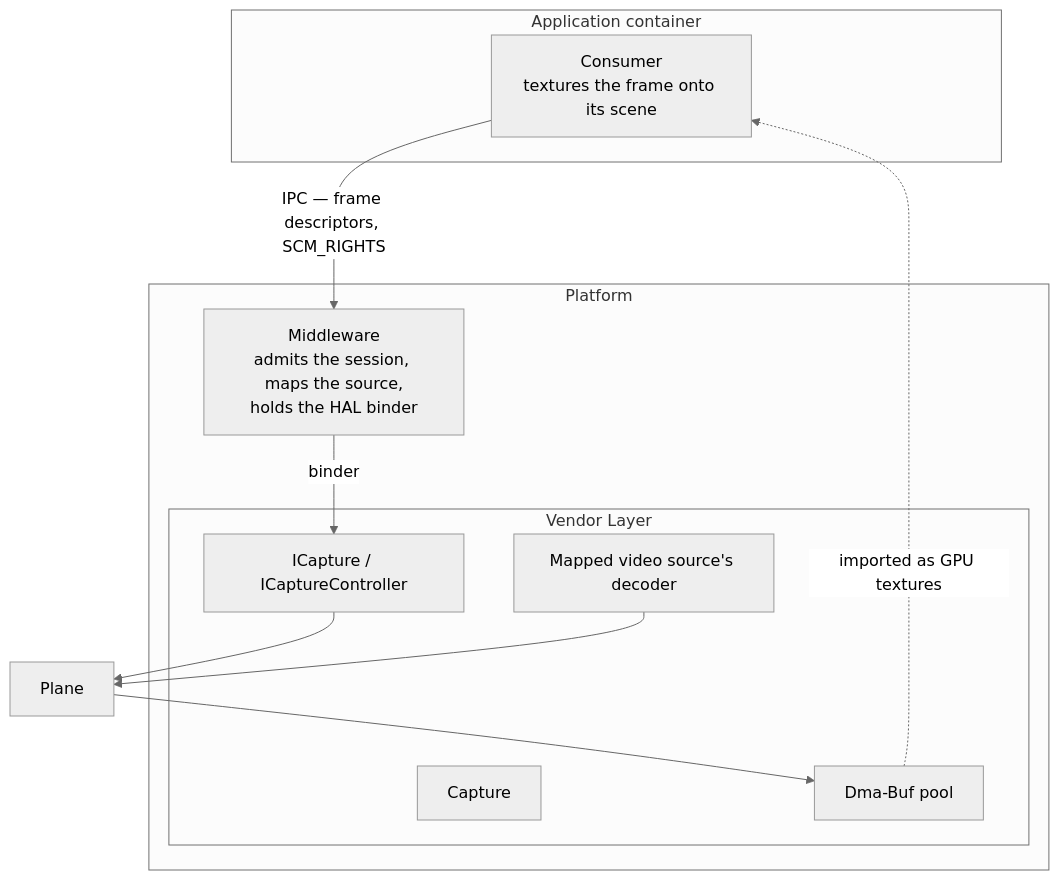
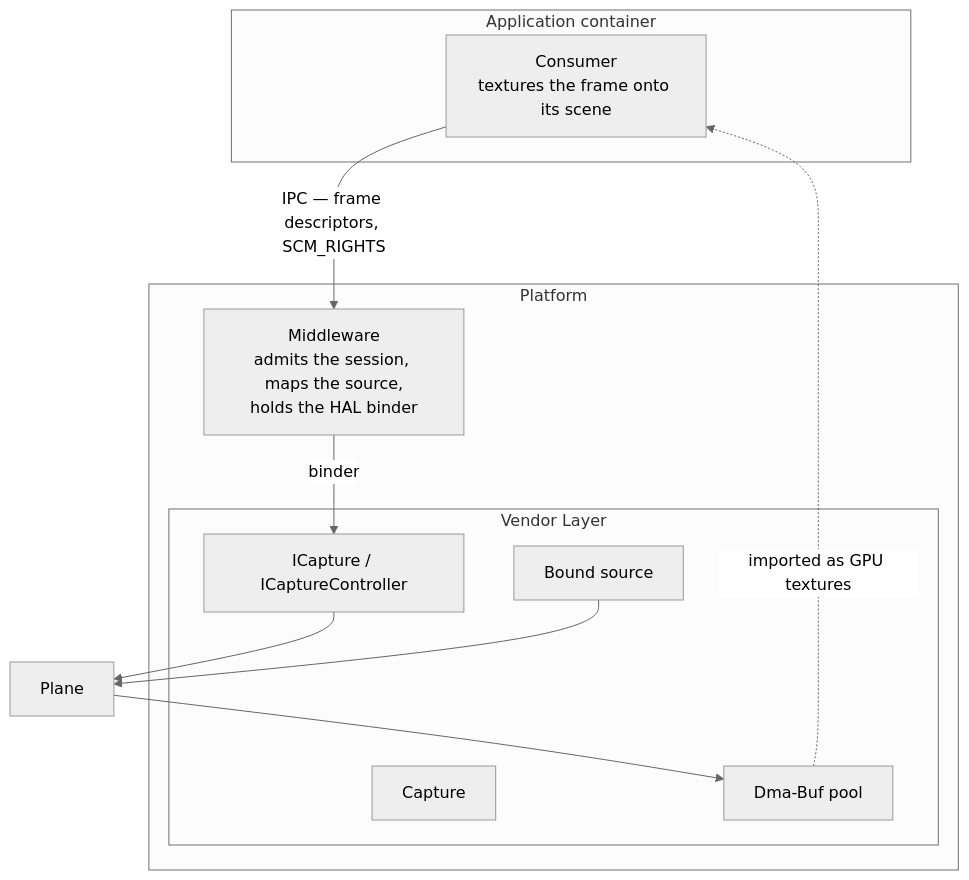
Before and after one commit to rdkcentral/rdk-halif-aidl: the first of 5 diagrams in capture/current/docs/capture_interface.md, drawn with Mermaid (neutral theme). The commit also changed other lines of this file and 5 other files, not shown here.

````diff
--- a/capture/current/docs/capture_interface.md
+++ b/capture/current/docs/capture_interface.md
@@ -47,26 +46,26 @@
 ```mermaid
 flowchart TD
     %% --- Consumer, outside the platform ---
     subgraph AppContainer["Application container"]
         App["Consumer<br/>textures the frame onto its scene"]
     end
 
     %% --- Platform ---
     subgraph Platform["Platform"]
         MW["Middleware<br/>admits the session, maps the source,<br/>holds the HAL binder"]
 
         subgraph Vendor["Vendor Layer"]
             Capture["ICapture / ICaptureController"]
-            Decoder["Mapped video source's decoder"]
+            Decoder["Bound source"]
             Cap["Capture"]
             Pool["Dma-Buf pool"]
         end
     end
 
     App -->|IPC — frame descriptors, SCM_RIGHTS| MW
     MW -->|binder| Capture
     Capture --> Plane
     Decoder --> Plane
     Plane --> Pool
     Pool -. imported as GPU textures .-> App
 ```
````
